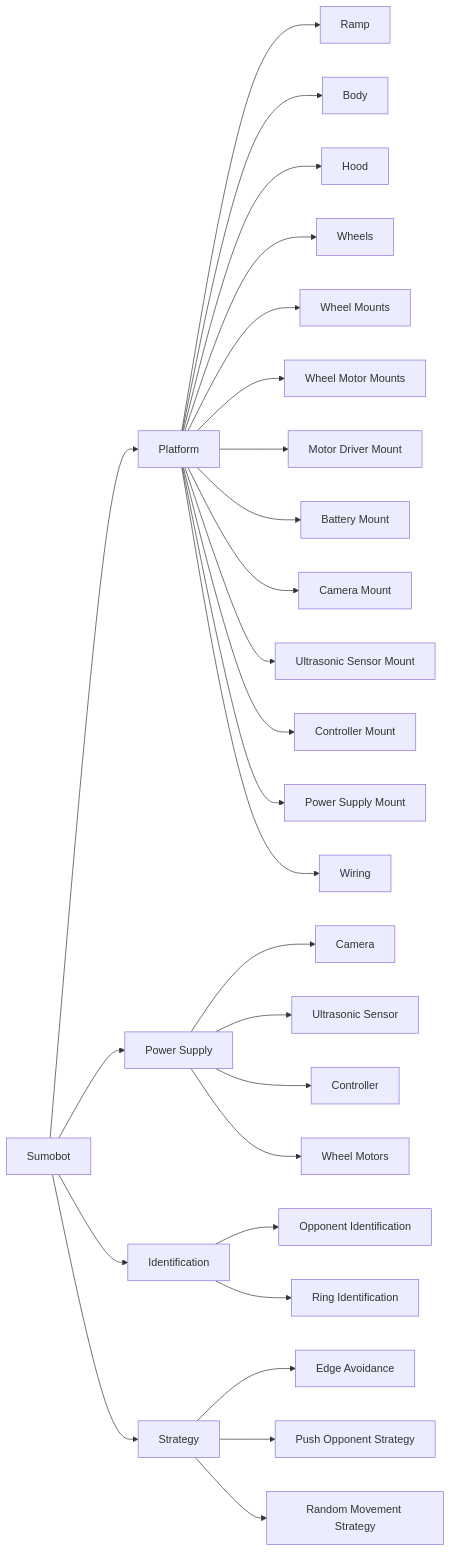
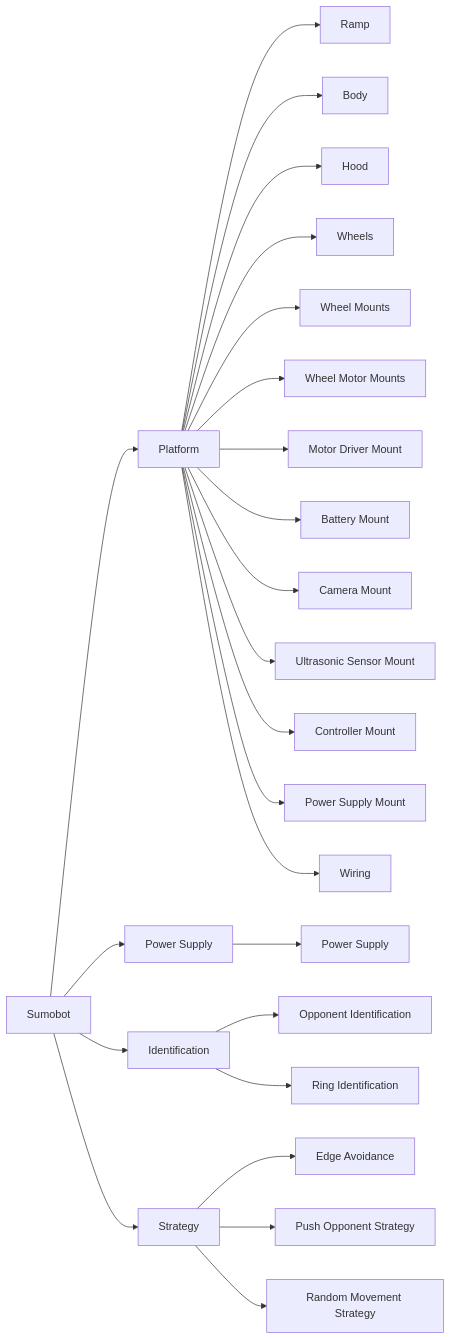
Before and after one commit to dennuguyen/sumoltaneous-equations: the diagram in README.md, drawn with Mermaid.

Commit message:
Update power supply in WBS.

````diff
--- a/README.md
+++ b/README.md
@@ -15,34 +15,31 @@
 ```mermaid
 graph LR
     Sumobot
     Sumobot --> Platform
     Sumobot --> power[Power Supply]
     Sumobot --> Identification
     Sumobot --> Strategy
 
-    power --> Camera
-    power --> ultrasonic[Ultrasonic Sensor]
-    power --> Controller
-    power --> motors[Wheel Motors]
+    power --> supply[Power Supply]
 
     Identification --> opp[Opponent Identification]
     Identification --> ring[Ring Identification]
 
     Strategy --> avoidance[Edge Avoidance]
     Strategy --> push[Push Opponent Strategy]
     Strategy --> random[Random Movement Strategy]
 
     Platform --> Ramp
     Platform --> Body
     Platform --> Hood
     Platform --> Wheels
     Platform --> wheel_mounts[Wheel Mounts]
     Platform --> motor_mounts[Wheel Motor Mounts]
     Platform --> driver_mounts[Motor Driver Mount]
     Platform --> battery_mount[Battery Mount]
     Platform --> camera_mount[Camera Mount]
     Platform --> ultrasonic_mount[Ultrasonic Sensor Mount]
     Platform --> arduino_mount[Controller Mount]
     Platform --> power_supply[Power Supply Mount]
     Platform --> Wiring
 ```
````
